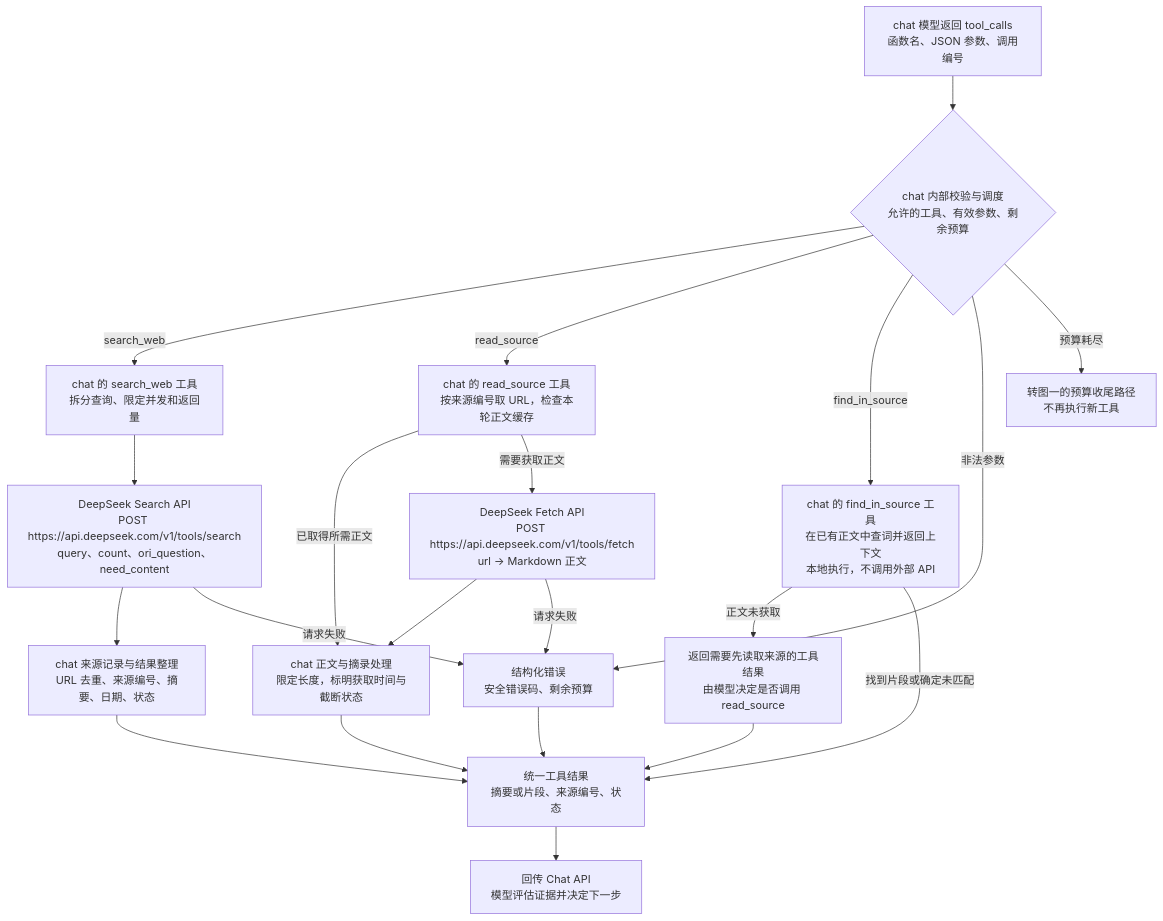
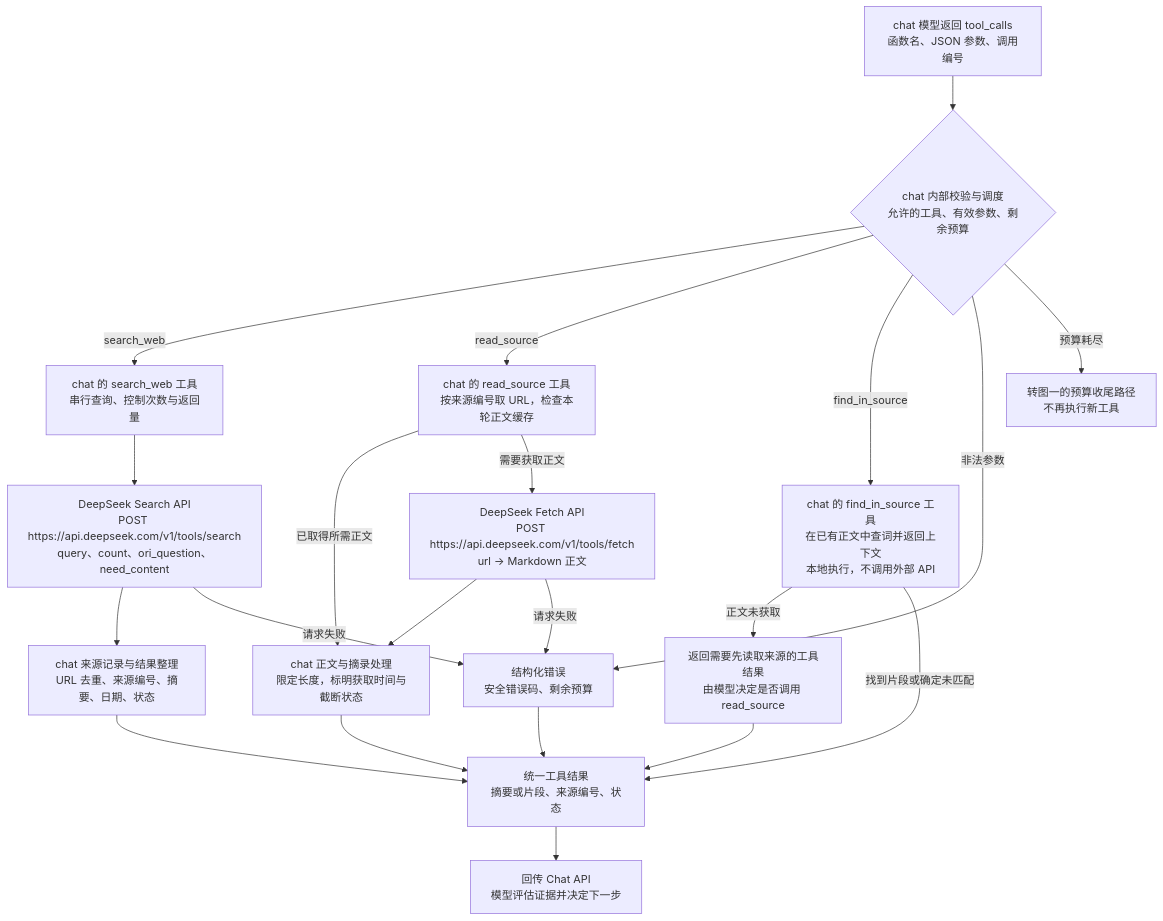
Before and after one commit to wtcbill/wechat-personal-bot: the second of 2 diagrams in docs/Weave搜索问答方案讨论.md, drawn with Mermaid. The commit also changed other lines of this file and 15 other files, not shown here.

````diff
--- a/docs/Weave搜索问答方案讨论.md
+++ b/docs/Weave搜索问答方案讨论.md
@@ -97,23 +97,23 @@
 ```mermaid
 flowchart TD
     CALL["chat 模型返回 tool_calls<br/>函数名、JSON 参数、调用编号"] --> GUARD{"chat 内部校验与调度<br/>允许的工具、有效参数、剩余预算"}
-    GUARD -->|"search_web"| SEARCH["chat 的 search_web 工具<br/>拆分查询、限定并发和返回量"]
+    GUARD -->|"search_web"| SEARCH["chat 的 search_web 工具<br/>串行查询、控制次数与返回量"]
     SEARCH --> DSSEARCH["DeepSeek Search API<br/>POST https://api.deepseek.com/v1/tools/search<br/>query、count、ori_question、need_content"]
     DSSEARCH --> SOURCES["chat 来源记录与结果整理<br/>URL 去重、来源编号、摘要、日期、状态"]
     GUARD -->|"read_source"| READ["chat 的 read_source 工具<br/>按来源编号取 URL，检查本轮正文缓存"]
     READ -->|"已取得所需正文"| BODY["chat 正文与摘录处理<br/>限定长度，标明获取时间与截断状态"]
     READ -->|"需要获取正文"| DSFETCH["DeepSeek Fetch API<br/>POST https://api.deepseek.com/v1/tools/fetch<br/>url → Markdown 正文"]
     DSFETCH --> BODY
     GUARD -->|"find_in_source"| FIND["chat 的 find_in_source 工具<br/>在已有正文中查词并返回上下文<br/>本地执行，不调用外部 API"]
     FIND -->|"正文未获取"| MISSING["返回需要先读取来源的工具结果<br/>由模型决定是否调用 read_source"]
     GUARD -->|"非法参数"| ERROR["结构化错误<br/>安全错误码、剩余预算"]
     GUARD -->|"预算耗尽"| STOP["转图一的预算收尾路径<br/>不再执行新工具"]
     DSSEARCH -->|"请求失败"| ERROR
     DSFETCH -->|"请求失败"| ERROR
     SOURCES --> OUT["统一工具结果<br/>摘要或片段、来源编号、状态"]
     BODY --> OUT
     FIND -->|"找到片段或确定未匹配"| OUT
     MISSING --> OUT
     ERROR --> OUT
     OUT --> CONTINUE["回传 Chat API<br/>模型评估证据并决定下一步"]
 ```
````
